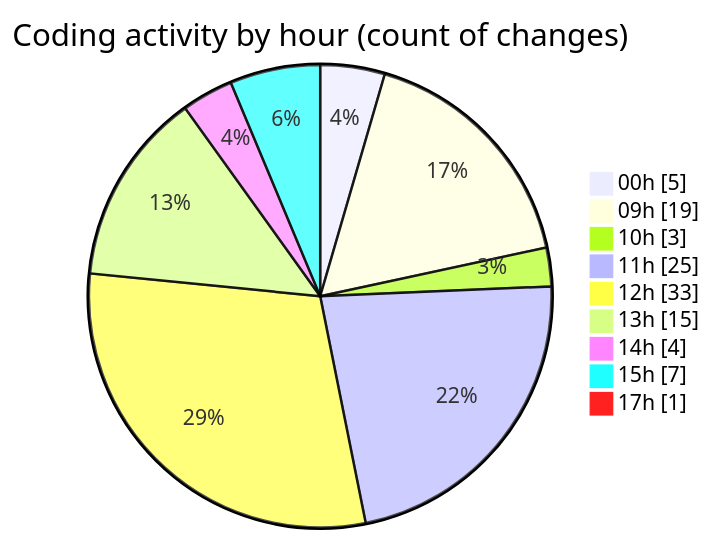
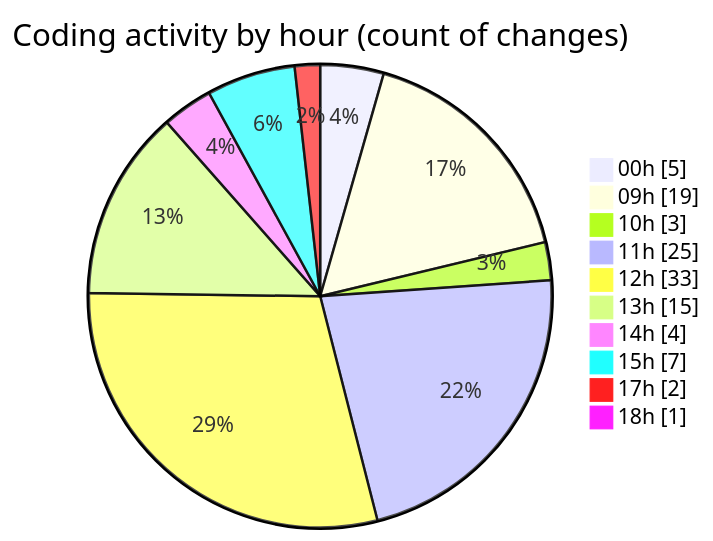
One commit to julien-gomy/code-tracking changed the second of 2 diagrams in 2025-11-19/eventscop-frontend-guide__workspace_/README.md. Above: the diagram before and after it, drawn with Mermaid. The commit also changed other lines of this file and 1 other file, not shown here.

````diff
--- a/2025-11-19/eventscop-frontend-guide__workspace_/README.md
+++ b/2025-11-19/eventscop-frontend-guide__workspace_/README.md
@@ -60,13 +60,14 @@
 ```mermaid
 pie showData
 title Coding activity by hour (count of changes)
 "00h" : 5
 "09h" : 19
 "10h" : 3
 "11h" : 25
 "12h" : 33
 "13h" : 15
 "14h" : 4
 "15h" : 7
-"17h" : 1
+"17h" : 2
+"18h" : 1
 ```
````
